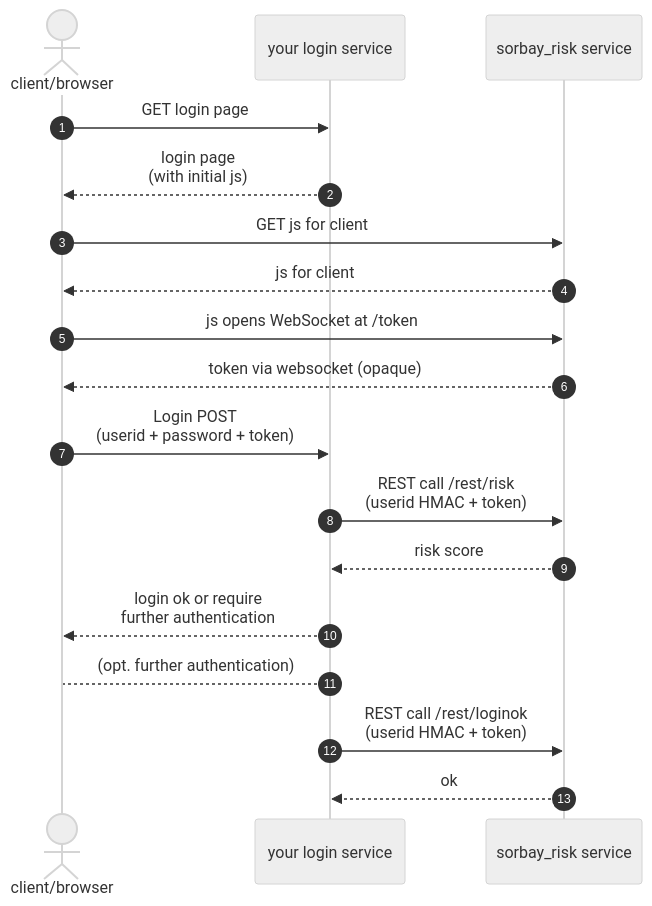
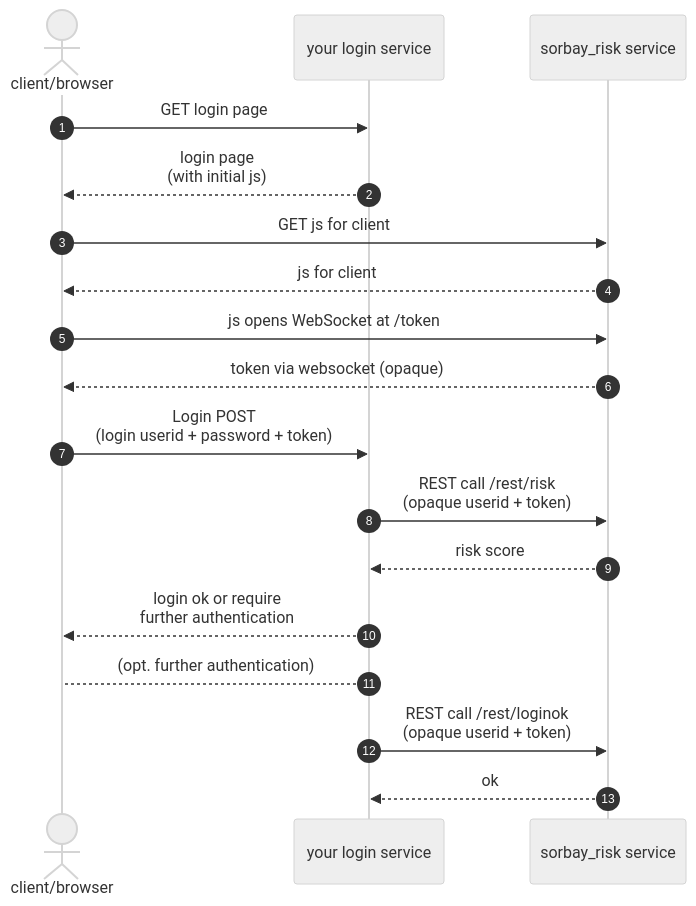
The diagram in docs/en/sorbay_risk_integration.md (sorbay/sorbay-documentation), drawn with Mermaid (neutral theme) before and after one commit. The commit also changed other lines of this file, not shown here.

Commit message:
Task #251226 hmac only as example, distinguish between login userid and opaque userid

````diff
--- a/docs/en/sorbay_risk_integration.md
+++ b/docs/en/sorbay_risk_integration.md
@@ -36,23 +36,23 @@
 ```mermaid
 sequenceDiagram
 
 autonumber
 
 actor client as client/browser
 participant login as your login service
 participant risk as sorbay_risk service
 
 client ->> login: GET login page
 login -->> client: login page<br>(with initial js)
 client ->> risk: GET js for client
 risk -->> client: js for client
 client ->> risk: js opens WebSocket at /token
 risk -->> client: token via websocket (opaque)
-client ->> login: Login POST<br>(userid + password + token)
-login ->> risk: REST call /rest/risk<br>(userid HMAC + token)
+client ->> login: Login POST<br>(login userid + password + token)
+login ->> risk: REST call /rest/risk<br>(opaque userid + token)
 risk -->> login: risk score
 login -->> client : login ok or require<br>further authentication
 login --> client : (opt. further authentication)
-login ->> risk: REST call /rest/loginok<br>(userid HMAC + token)
+login ->> risk: REST call /rest/loginok<br>(opaque userid + token)
 risk -->> login: ok
 ```
````
